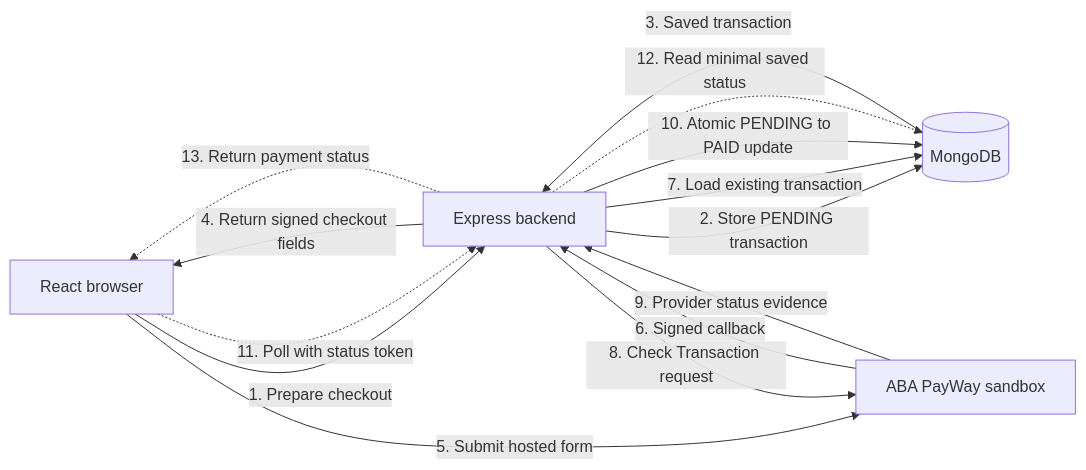
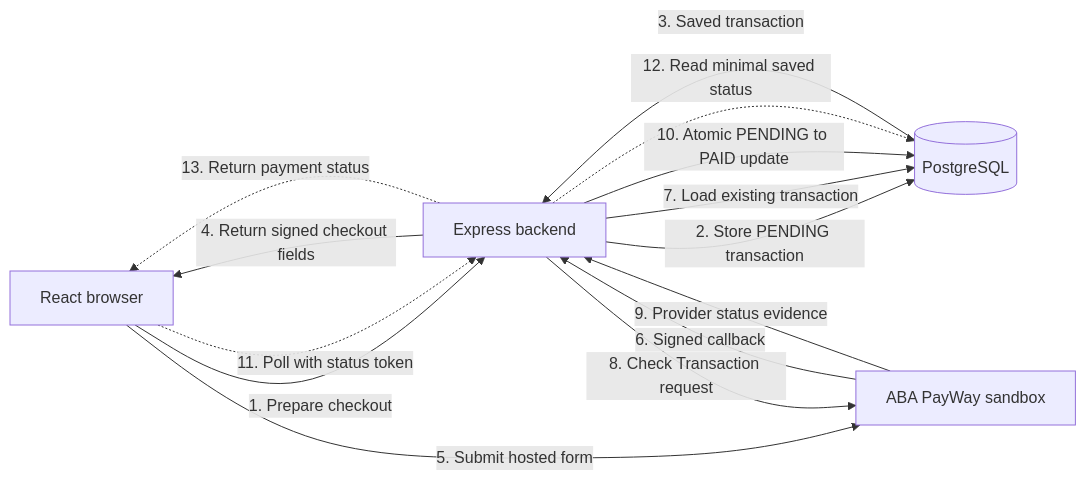
One commit to khmerfp/khmerfp changed the diagram in README.md. Above: the diagram before and after it, drawn with Mermaid. The commit also changed other lines of this file and 50 other files, not shown here.

Commit message:
Add Google authentication and PostgreSQL updates

````diff
--- a/README.md
+++ b/README.md
@@ -137,23 +137,23 @@
 ```mermaid
 flowchart LR
     browser[React browser]
     api[Express backend]
-    database[(MongoDB)]
+    database[(PostgreSQL)]
     payway[ABA PayWay sandbox]
 
     browser -->|1. Prepare checkout| api
     api -->|2. Store PENDING transaction| database
     database -->|3. Saved transaction| api
     api -->|4. Return signed checkout fields| browser
     browser -->|5. Submit hosted form| payway
 
     payway -->|6. Signed callback| api
     api -->|7. Load existing transaction| database
     api -->|8. Check Transaction request| payway
     payway -->|9. Provider status evidence| api
     api -->|10. Atomic PENDING to PAID update| database
 
     browser -.->|11. Poll with status token| api
     api -.->|12. Read minimal saved status| database
     api -.->|13. Return payment status| browser
 ```
````
